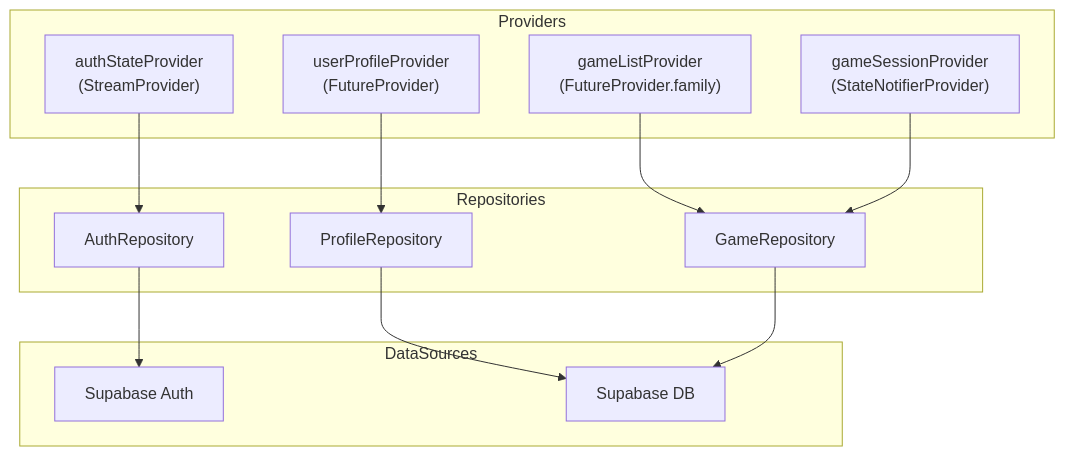
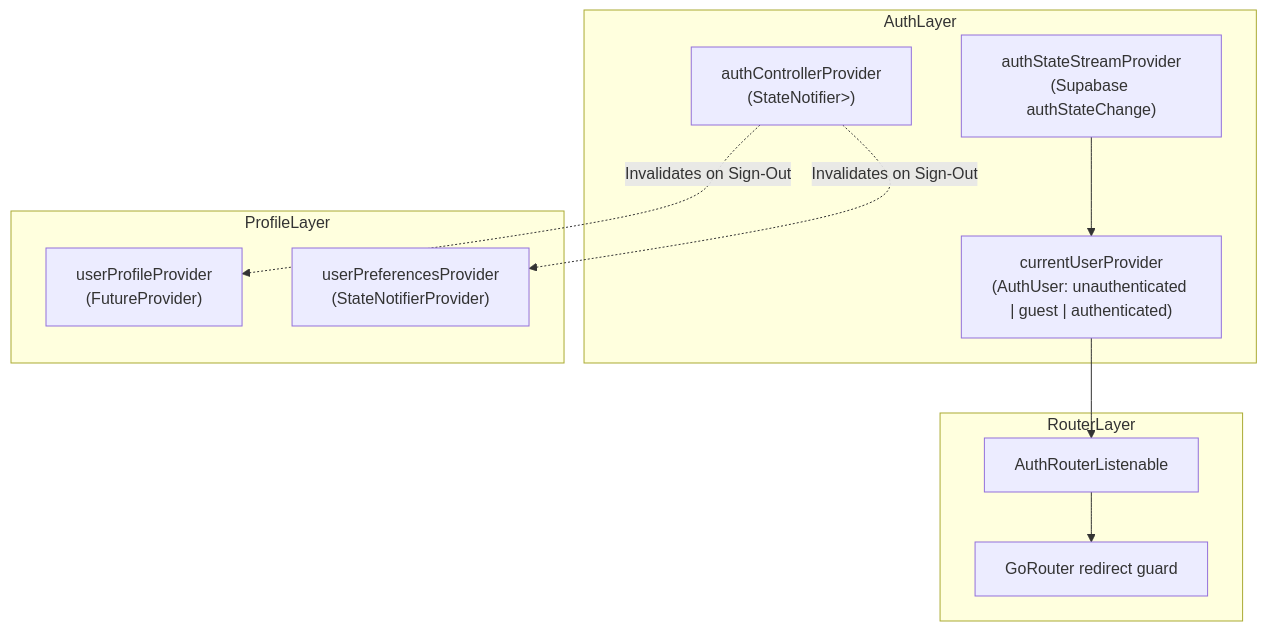
Before and after one commit to Navdeep-kr/Neuroplay: the second of 3 diagrams in docs/architecture.md, drawn with Mermaid. The commit also changed other lines of this file and 29 other files, not shown here.

Commit message:
feat(auth): implement supabase auth, guest mode, profile preferences, and account deletion

````diff
--- a/docs/architecture.md
+++ b/docs/architecture.md
@@ -93,23 +104,21 @@
 ```mermaid
 flowchart TD
-    subgraph Providers
-        A["authStateProvider<br/>(StreamProvider)"]
-        B["userProfileProvider<br/>(FutureProvider)"]
-        C["gameListProvider<br/>(FutureProvider.family)"]
-        D["gameSessionProvider<br/>(StateNotifierProvider)"]
+    subgraph AuthLayer
+        A["authStateStreamProvider<br/>(Supabase authStateChange)"]
+        B["currentUserProvider<br/>(AuthUser: unauthenticated | guest | authenticated)"]
+        C["authControllerProvider<br/>(StateNotifier<AsyncValue<void>>)"]
     end
-    subgraph Repositories
-        E["AuthRepository"]
-        F["ProfileRepository"]
-        G["GameRepository"]
+    subgraph ProfileLayer
+        D["userProfileProvider<br/>(FutureProvider)"]
+        E["userPreferencesProvider<br/>(StateNotifierProvider)"]
     end
-    subgraph DataSources
-        H["Supabase Auth"]
-        I["Supabase DB"]
+    subgraph RouterLayer
+        F["AuthRouterListenable"]
+        G["GoRouter redirect guard"]
     end
 
-    A --> E --> H
-    B --> F --> I
-    C --> G --> I
-    D --> G
+    A --> B
+    B --> F --> G
+    C -. "Invalidates on Sign-Out" .-> D
+    C -. "Invalidates on Sign-Out" .-> E
 ```
````
